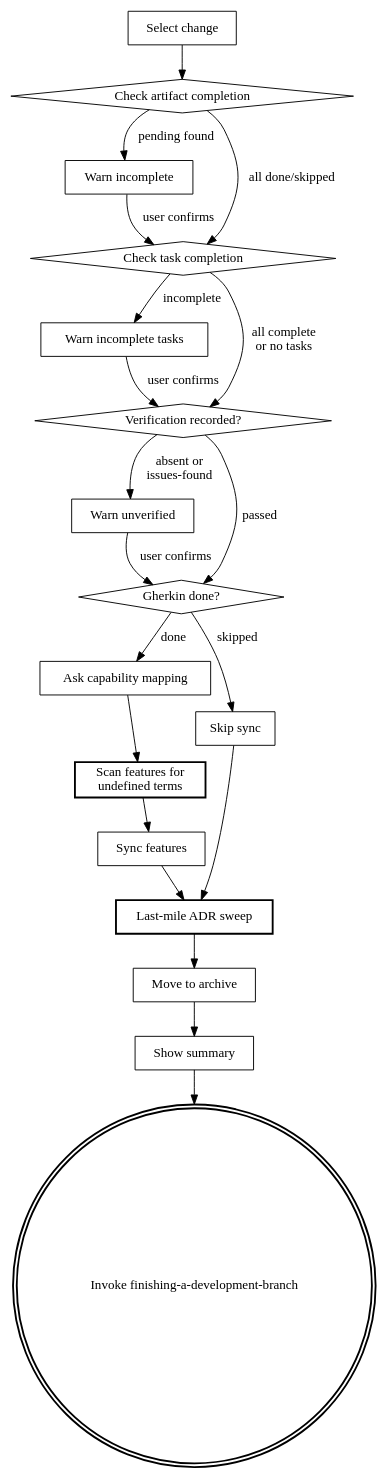
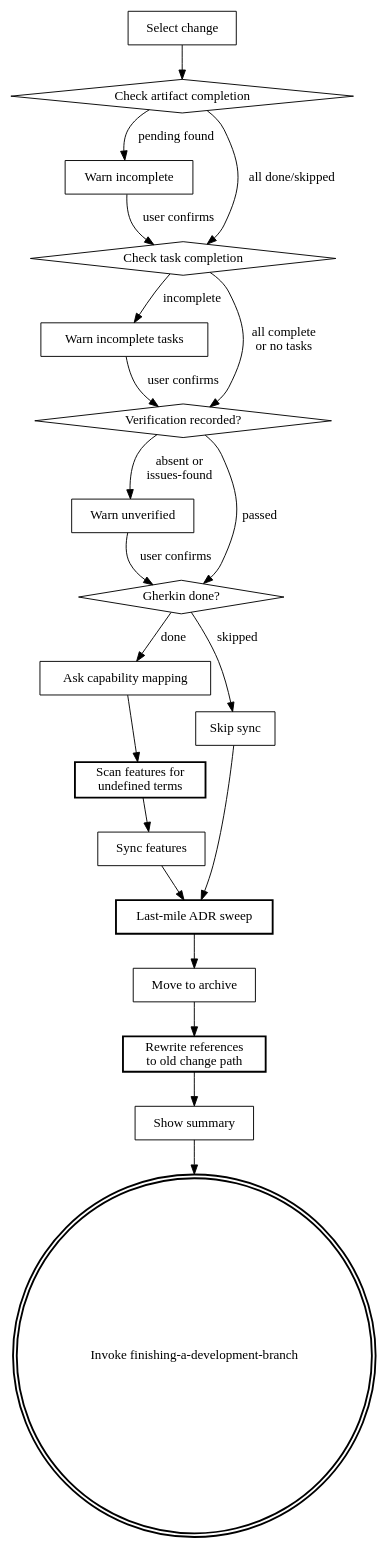
The diagram in skills/archive/SKILL.md (kirkchen/beat), drawn with Graphviz before and after one commit. The commit also changed other lines of this file, not shown here.

First line of the commit message:
feat(archive): merge design.md into capability docs and rewrite stale change paths after the move

````diff
--- a/skills/archive/SKILL.md
+++ b/skills/archive/SKILL.md
@@ -73,40 +83,42 @@
 ```dot
 digraph archive {
     "Select change" [shape=box];
     "Check artifact completion" [shape=diamond];
     "Warn incomplete" [shape=box];
     "Check task completion" [shape=diamond];
     "Warn incomplete tasks" [shape=box];
     "Verification recorded?" [shape=diamond];
     "Warn unverified" [shape=box];
     "Gherkin done?" [shape=diamond];
     "Ask capability mapping" [shape=box];
     "Scan features for\nundefined terms" [shape=box, style=bold];
     "Sync features" [shape=box];
     "Skip sync" [shape=box];
     "Last-mile ADR sweep" [shape=box, style=bold];
     "Move to archive" [shape=box];
+    "Rewrite references\nto old change path" [shape=box, style=bold];
     "Show summary" [shape=box];
     "Invoke finishing-a-development-branch" [shape=doublecircle, style=bold];
 
     "Select change" -> "Check artifact completion";
     "Check artifact completion" -> "Warn incomplete" [label="pending found"];
     "Check artifact completion" -> "Check task completion" [label="all done/skipped"];
     "Warn incomplete" -> "Check task completion" [label="user confirms"];
     "Check task completion" -> "Warn incomplete tasks" [label="incomplete"];
     "Check task completion" -> "Verification recorded?" [label="all complete\nor no tasks"];
     "Warn incomplete tasks" -> "Verification recorded?" [label="user confirms"];
     "Verification recorded?" -> "Warn unverified" [label="absent or\nissues-found"];
     "Verification recorded?" -> "Gherkin done?" [label="passed"];
     "Warn unverified" -> "Gherkin done?" [label="user confirms"];
     "Gherkin done?" -> "Ask capability mapping" [label="done"];
     "Gherkin done?" -> "Skip sync" [label="skipped"];
     "Ask capability mapping" -> "Scan features for\nundefined terms";
     "Scan features for\nundefined terms" -> "Sync features";
     "Sync features" -> "Last-mile ADR sweep";
     "Skip sync" -> "Last-mile ADR sweep";
     "Last-mile ADR sweep" -> "Move to archive";
-    "Move to archive" -> "Show summary";
+    "Move to archive" -> "Rewrite references\nto old change path";
+    "Rewrite references\nto old change path" -> "Show summary";
     "Show summary" -> "Invoke finishing-a-development-branch";
 }
 ```
````
